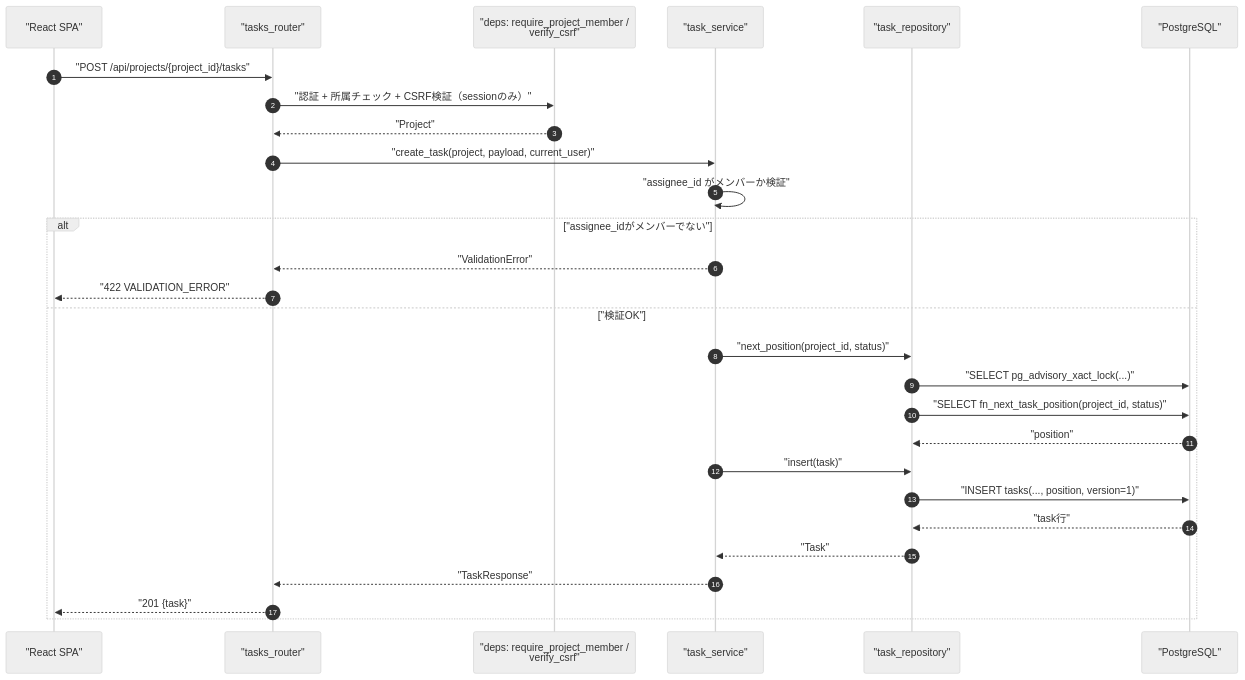
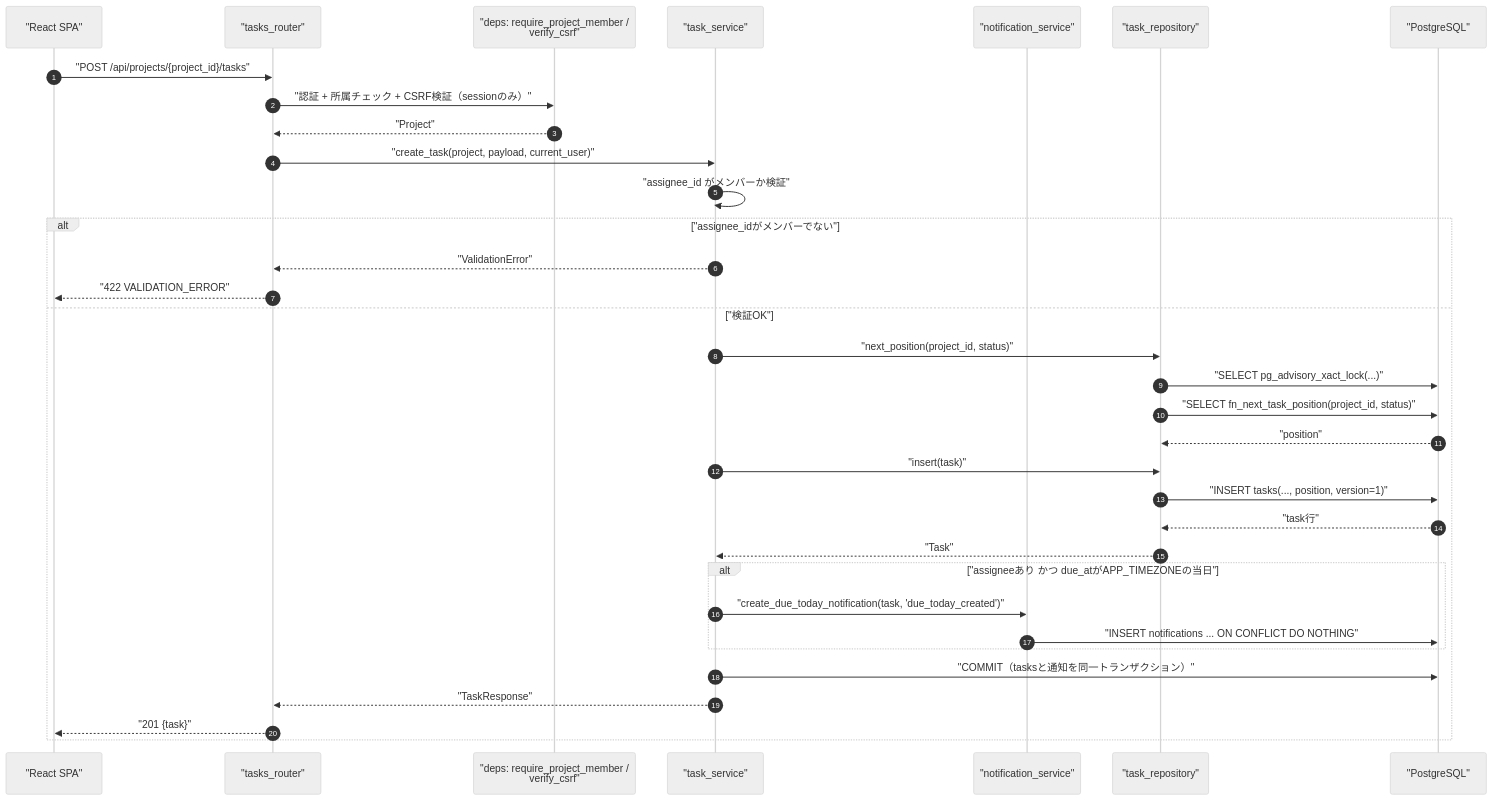
The first of 4 diagrams in detailed_design/api/tasks/02_post_project_tasks.md (oikawa-d/task_management), drawn with Mermaid (neutral theme) before and after one commit. The commit also changed other lines of this file and 31 other files, not shown here.

````diff
--- a/detailed_design/api/tasks/02_post_project_tasks.md
+++ b/detailed_design/api/tasks/02_post_project_tasks.md
@@ -117,31 +119,37 @@
 ```mermaid
 sequenceDiagram
     autonumber
     participant FE as "React SPA"
     participant R as "tasks_router"
     participant D as "deps: require_project_member /<br/>verify_csrf"
     participant S as "task_service"
+    participant NS as "notification_service"
     participant TR as "task_repository"
     participant PG as "PostgreSQL"
 
     FE->>R: "POST /api/projects/{project_id}/tasks"
     R->>D: "認証 + 所属チェック + CSRF検証（sessionのみ）"
     D-->>R: "Project"
     R->>S: "create_task(project, payload, current_user)"
     S->>S: "assignee_id がメンバーか検証"
     alt "assignee_idがメンバーでない"
         S-->>R: "ValidationError"
         R-->>FE: "422 VALIDATION_ERROR"
     else "検証OK"
         S->>TR: "next_position(project_id, status)"
         TR->>PG: "SELECT pg_advisory_xact_lock(...)"
         TR->>PG: "SELECT fn_next_task_position(project_id, status)"
         PG-->>TR: "position"
         S->>TR: "insert(task)"
         TR->>PG: "INSERT tasks(..., position, version=1)"
         PG-->>TR: "task行"
         TR-->>S: "Task"
+        alt "assigneeあり かつ due_atがAPP_TIMEZONEの当日"
+            S->>NS: "create_due_today_notification(task, 'due_today_created')"
+            NS->>PG: "INSERT notifications ... ON CONFLICT DO NOTHING"
+        end
+        S->>PG: "COMMIT（tasksと通知を同一トランザクション）"
         S-->>R: "TaskResponse"
         R-->>FE: "201 {task}"
     end
 ```
````
